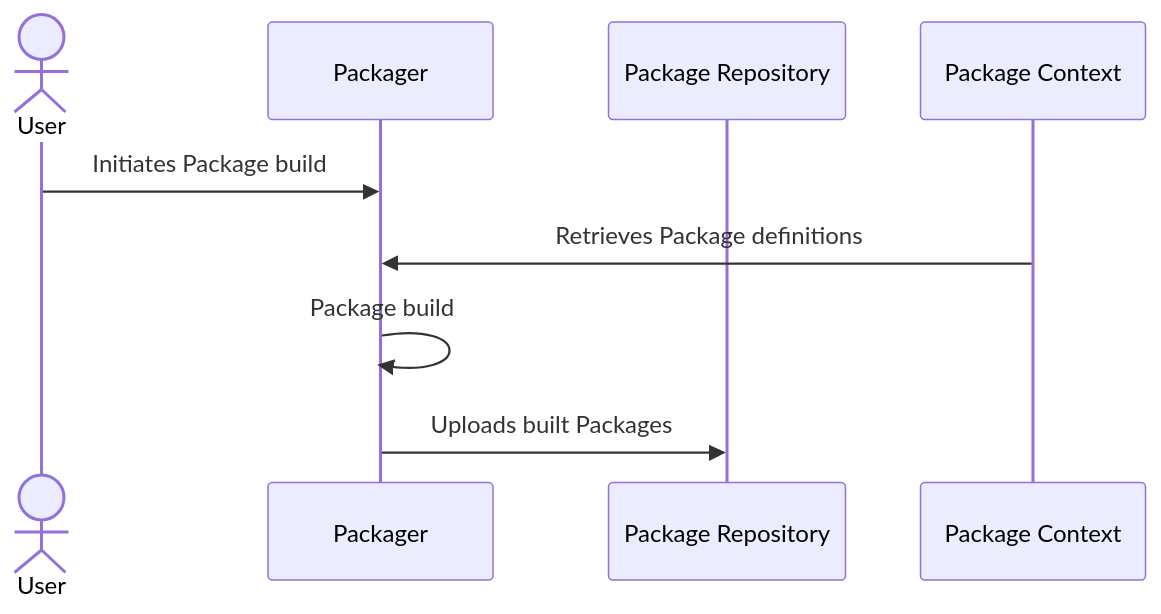
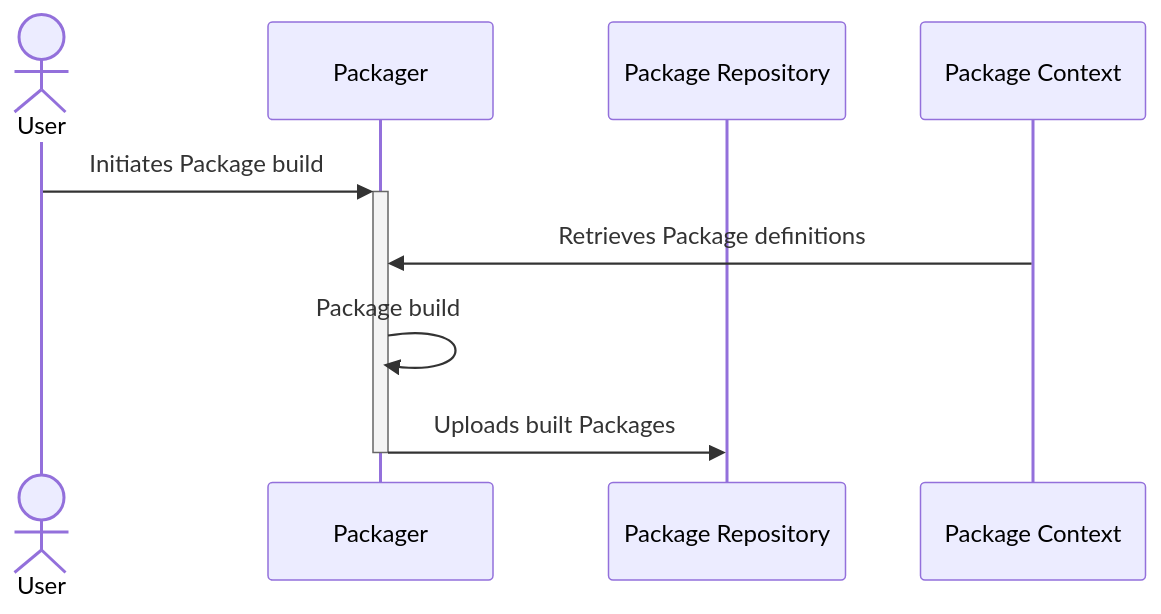
Before and after one commit to bacpack-system/bacpack-system.github.io: the fourth of 5 diagrams in docs/use_cases.md, drawn with Mermaid. The commit also changed other lines of this file and 2 other files, not shown here.

Commit message:
Many small improvements/clarifications

````diff
--- a/docs/use_cases.md
+++ b/docs/use_cases.md
@@ -77,12 +77,12 @@
 ```mermaid
 sequenceDiagram
   actor User
   participant Packager
   participant Package Repository
   participant Package Context
 
-  User->>Packager: Initiates Package build
+  User->>+Packager: Initiates Package build
   Package Context->>Packager: Retrieves Package definitions
   Packager->>Packager: Package build
-  Packager->>Package Repository: Uploads built Packages
+  Packager->>-Package Repository: Uploads built Packages
 ```
````
